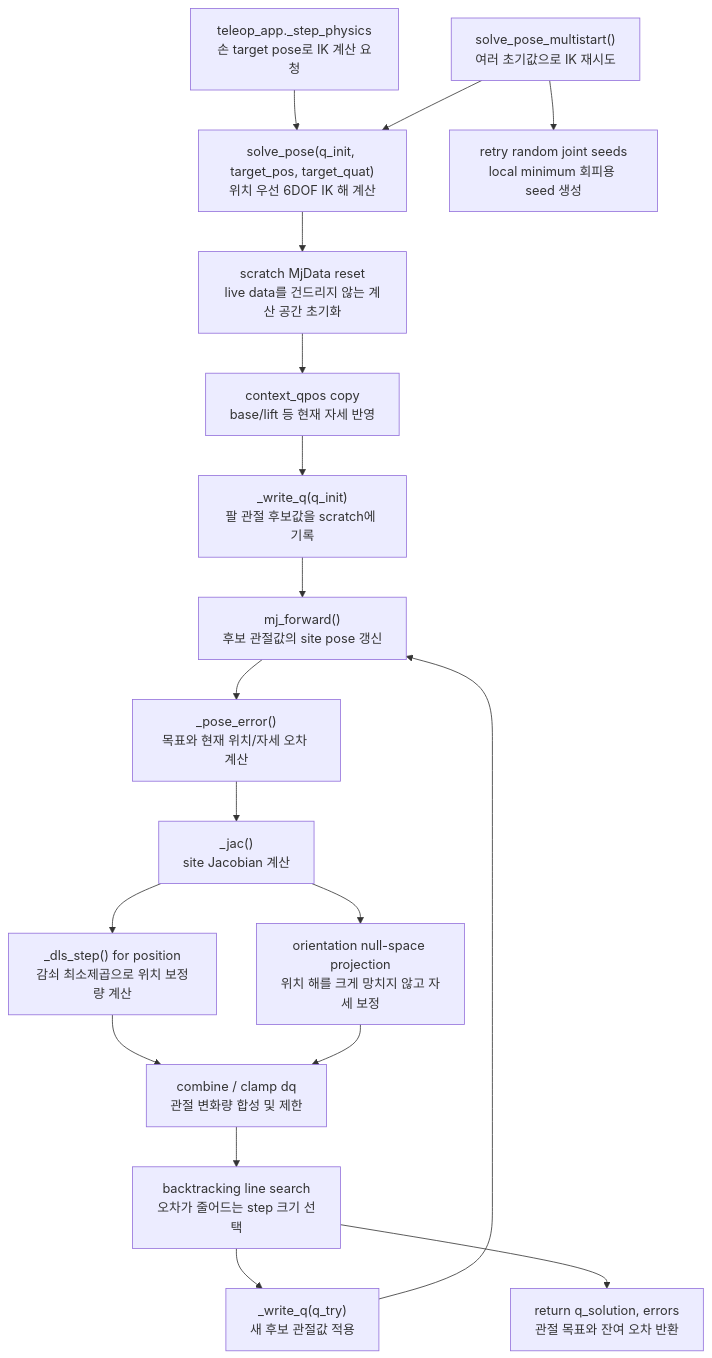
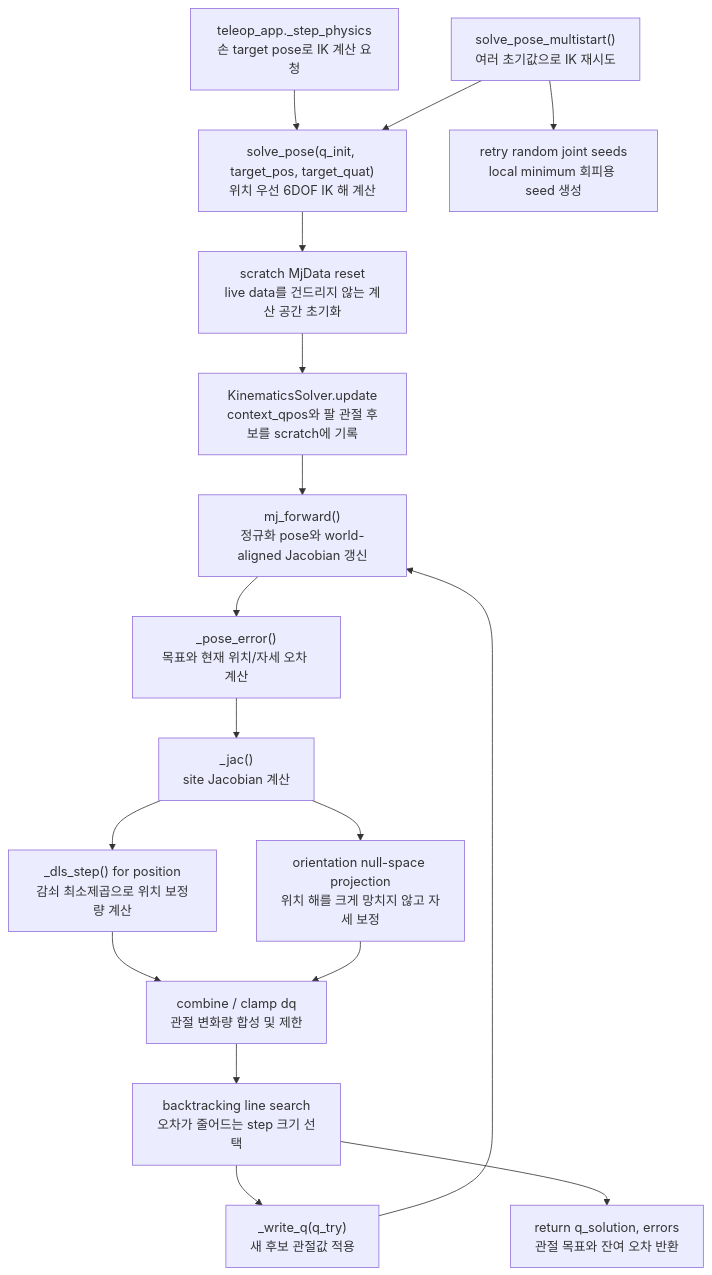
Before and after one commit to ggh-png/ffw-sh5-grasp: the diagram in docs/guide/ik.md, drawn with Mermaid. The commit also changed other lines of this file and 17 other files, not shown here.

````diff
--- a/docs/guide/ik.md
+++ b/docs/guide/ik.md
@@ -67,21 +75,20 @@
 ```mermaid
 flowchart TD
     A["teleop_app._step_physics<br>손 target pose로 IK 계산 요청"] --> B["solve_pose(q_init, target_pos, target_quat)<br>위치 우선 6DOF IK 해 계산"]
     B --> C["scratch MjData reset<br>live data를 건드리지 않는 계산 공간 초기화"]
-    C --> D["context_qpos copy<br>base/lift 등 현재 자세 반영"]
-    D --> E["_write_q(q_init)<br>팔 관절 후보값을 scratch에 기록"]
-    E --> F["mj_forward()<br>후보 관절값의 site pose 갱신"]
+    C --> D["KinematicsSolver.update<br>context_qpos와 팔 관절 후보를 scratch에 기록"]
+    D --> F["mj_forward()<br>정규화 pose와 world-aligned Jacobian 갱신"]
     F --> G["_pose_error()<br>목표와 현재 위치/자세 오차 계산"]
     G --> H["_jac()<br>site Jacobian 계산"]
     H --> I["_dls_step() for position<br>감쇠 최소제곱으로 위치 보정량 계산"]
     H --> J["orientation null-space projection<br>위치 해를 크게 망치지 않고 자세 보정"]
     I --> K["combine / clamp dq<br>관절 변화량 합성 및 제한"]
     J --> K
     K --> L["backtracking line search<br>오차가 줄어드는 step 크기 선택"]
     L --> M["_write_q(q_try)<br>새 후보 관절값 적용"]
     M --> F
     L --> N["return q_solution, errors<br>관절 목표와 잔여 오차 반환"]
 
     O["solve_pose_multistart()<br>여러 초기값으로 IK 재시도"] --> B
     O --> P["retry random joint seeds<br>local minimum 회피용 seed 생성"]
 ```
````
